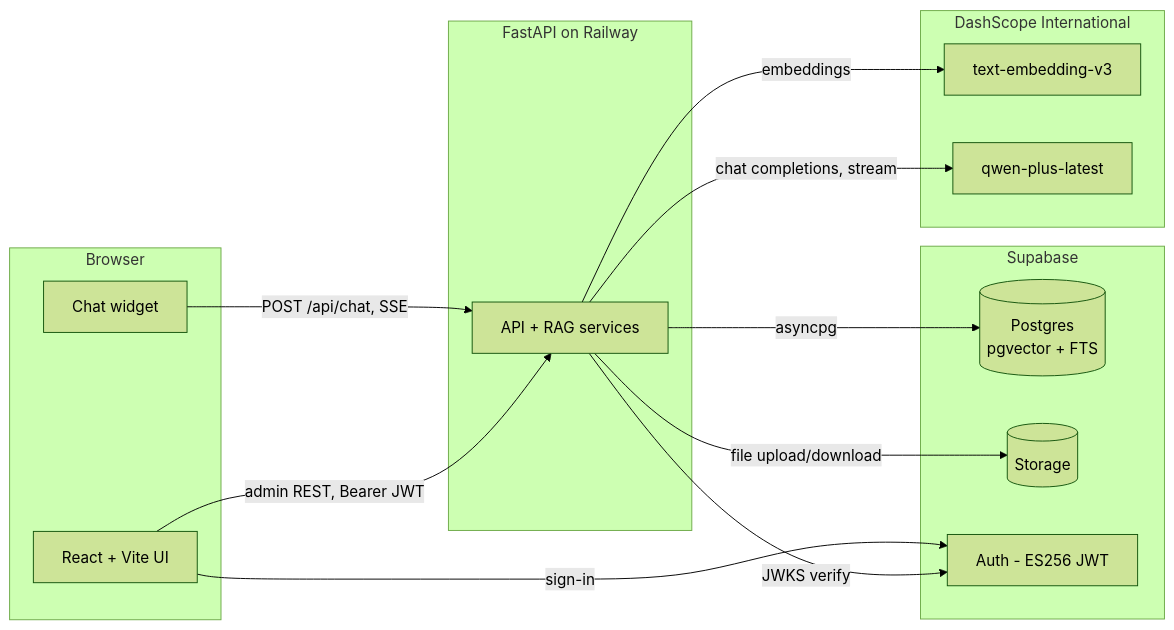
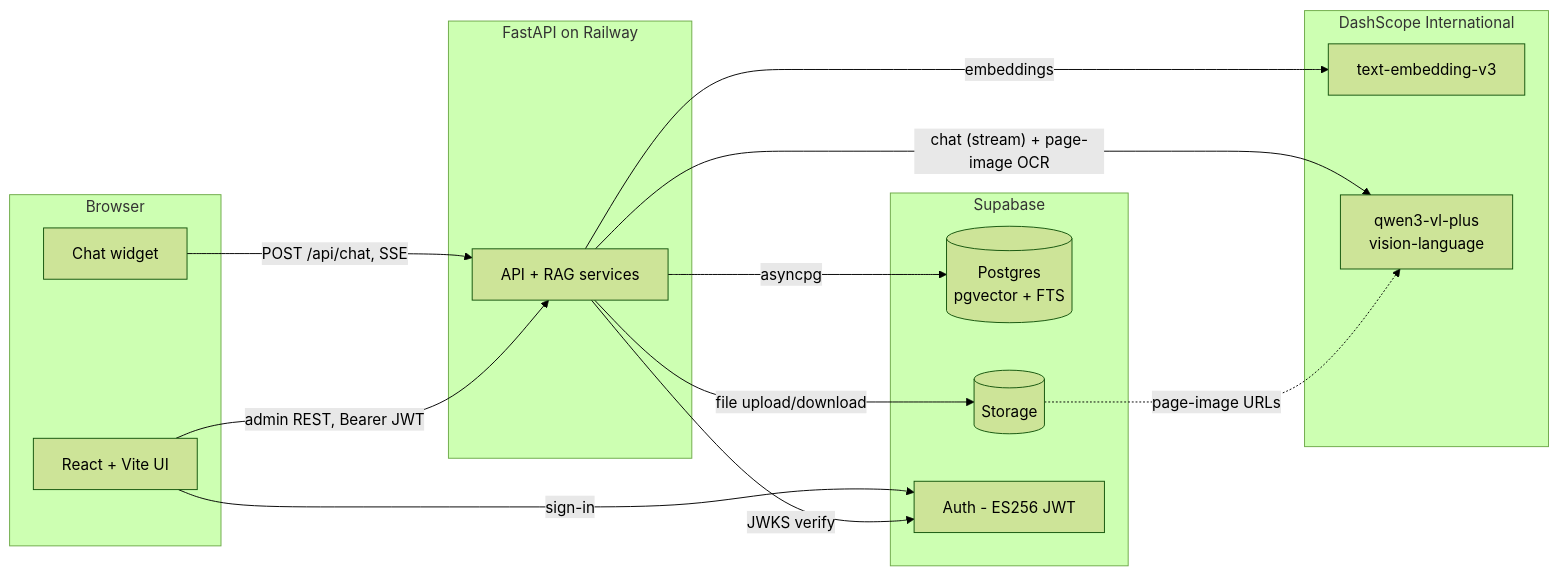
One commit to syahiidkamil/qwen-agent-rag-knowledgebase-chatbot changed the first of 2 diagrams in docs/system-design/tech-stack.md. Above: the diagram before and after it, drawn with Mermaid (forest theme). The commit also changed other lines of this file and 1 other file, not shown here.

First line of the commit message:
docs: refresh tech-stack for multimodal RAG (qwen3-vl-plus)

````diff
--- a/docs/system-design/tech-stack.md
+++ b/docs/system-design/tech-stack.md
@@ -25,31 +26,32 @@
 ```mermaid
 flowchart LR
   subgraph Client[Browser]
     UI[React + Vite UI]
     Widget[Chat widget]
   end
 
   subgraph Backend[FastAPI on Railway]
     BE[API + RAG services]
   end
 
   subgraph Data[Supabase]
     PG[(Postgres<br/>pgvector + FTS)]
     ST[(Storage)]
     AUTH[Auth - ES256 JWT]
   end
 
   subgraph AI[DashScope International]
     EMB[text-embedding-v3]
-    LLM[qwen-plus-latest]
+    LLM[qwen3-vl-plus<br/>vision-language]
   end
 
   Widget -- POST /api/chat, SSE --> BE
   UI -- admin REST, Bearer JWT --> BE
   UI -- sign-in --> AUTH
   BE -- asyncpg --> PG
   BE -- file upload/download --> ST
   BE -- JWKS verify --> AUTH
   BE -- embeddings --> EMB
-  BE -- chat completions, stream --> LLM
+  BE -- chat (stream) + page-image OCR --> LLM
+  ST -. page-image URLs .-> LLM
 ```
````
